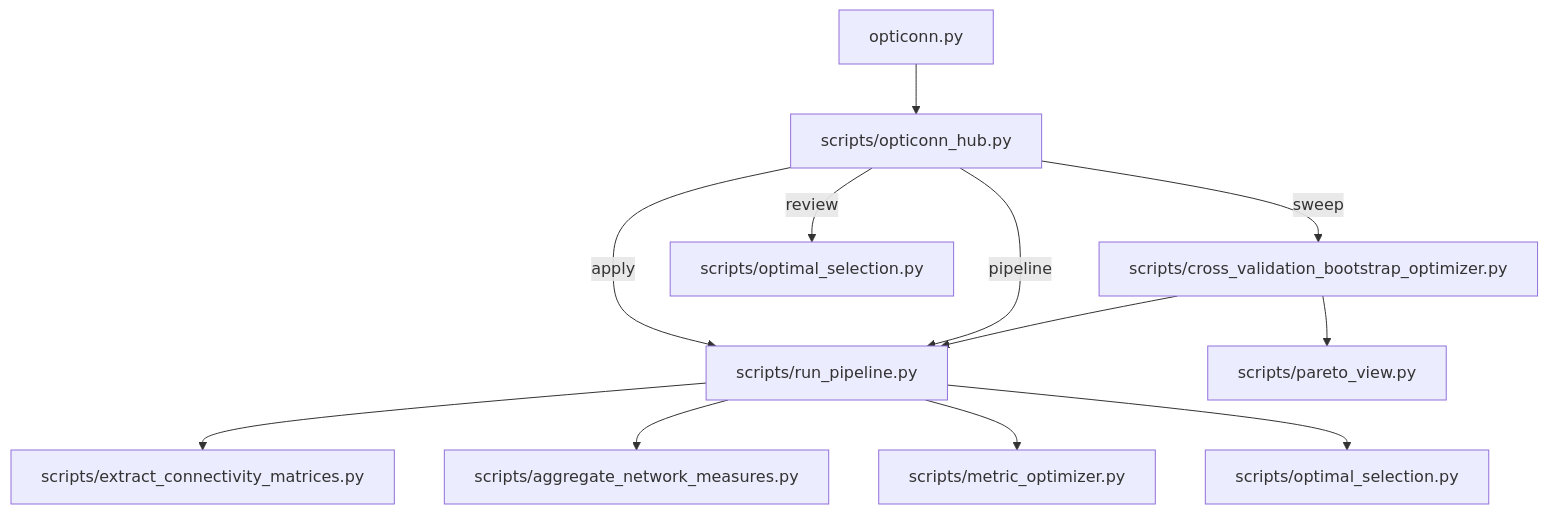
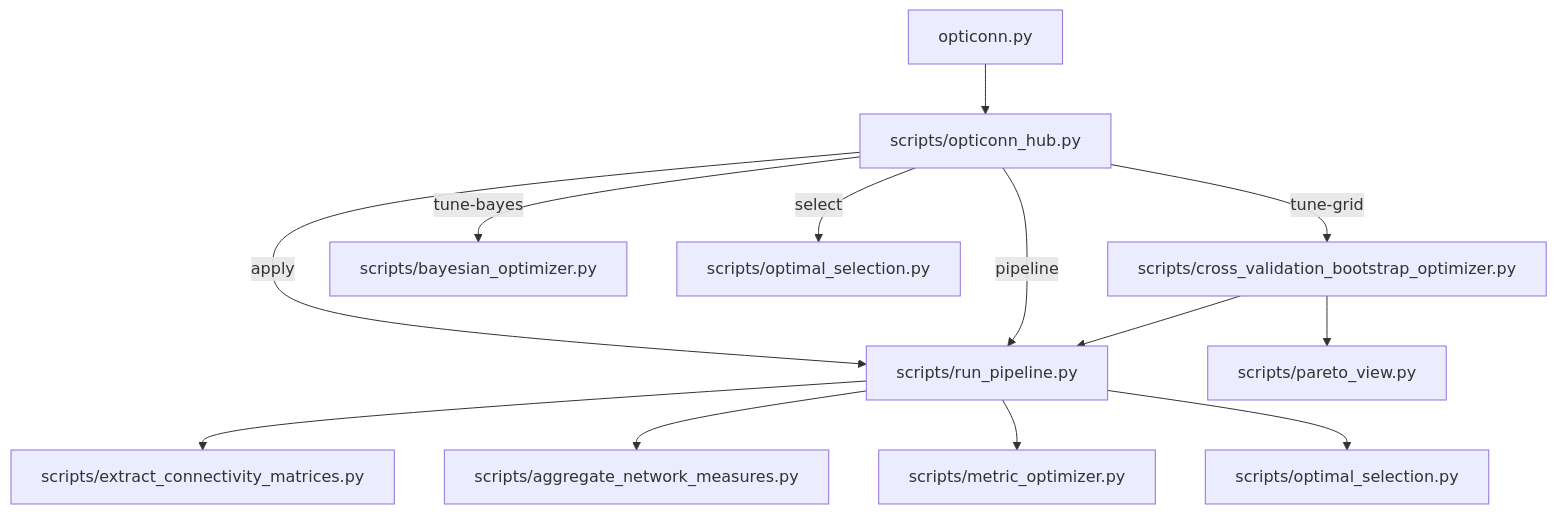
The diagram in README.md (MRI-Lab-Graz/opticonn), drawn with Mermaid before and after one commit. The commit also changed other lines of this file and 3 other files, not shown here.

````diff
--- a/README.md
+++ b/README.md
@@ -489,14 +519,15 @@
 ```mermaid
 graph TD
     A[opticonn.py] --> B[scripts/opticonn_hub.py]
-    B -->|sweep| H[scripts/cross_validation_bootstrap_optimizer.py]
-    B -->|review| I[scripts/optimal_selection.py]
+  B -->|tune-grid| H[scripts/cross_validation_bootstrap_optimizer.py]
+  B -->|tune-bayes| K[scripts/bayesian_optimizer.py]
+  B -->|select| I[scripts/optimal_selection.py]
     B -->|apply| C[scripts/run_pipeline.py]
     B -->|pipeline| C
     C --> D[scripts/extract_connectivity_matrices.py]
     C --> E[scripts/aggregate_network_measures.py]
     C --> F[scripts/metric_optimizer.py]
     C --> G[scripts/optimal_selection.py]
     H --> C
     H --> J[scripts/pareto_view.py]
 ```
````
